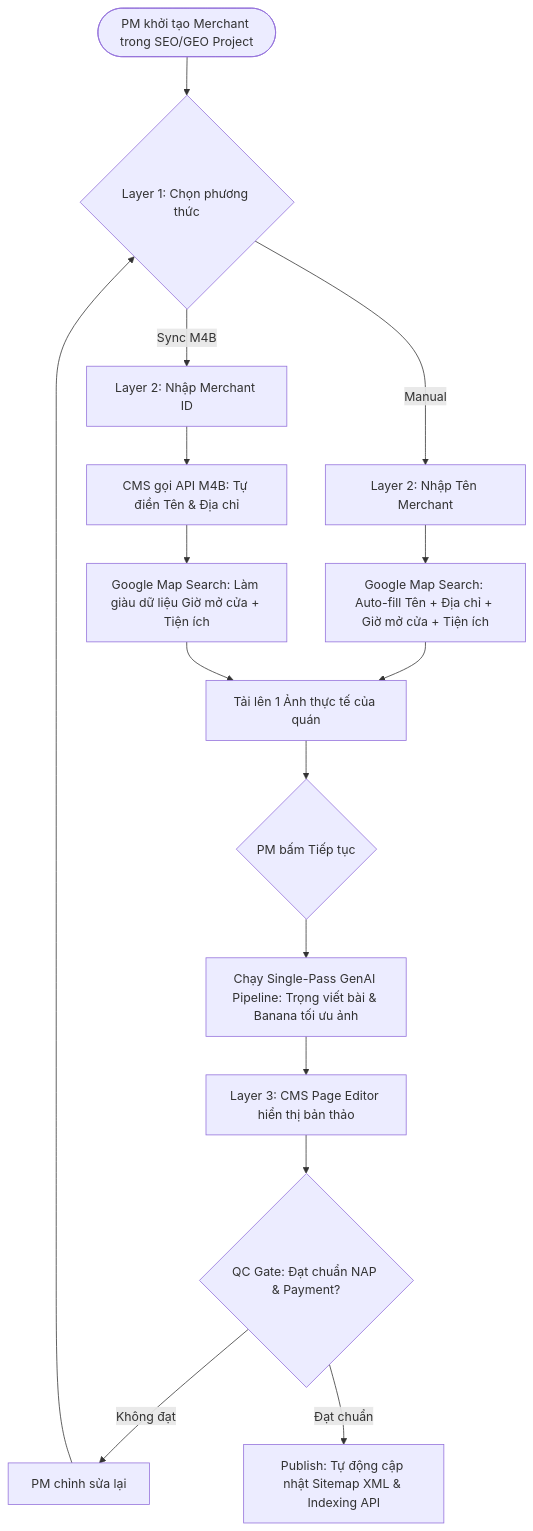
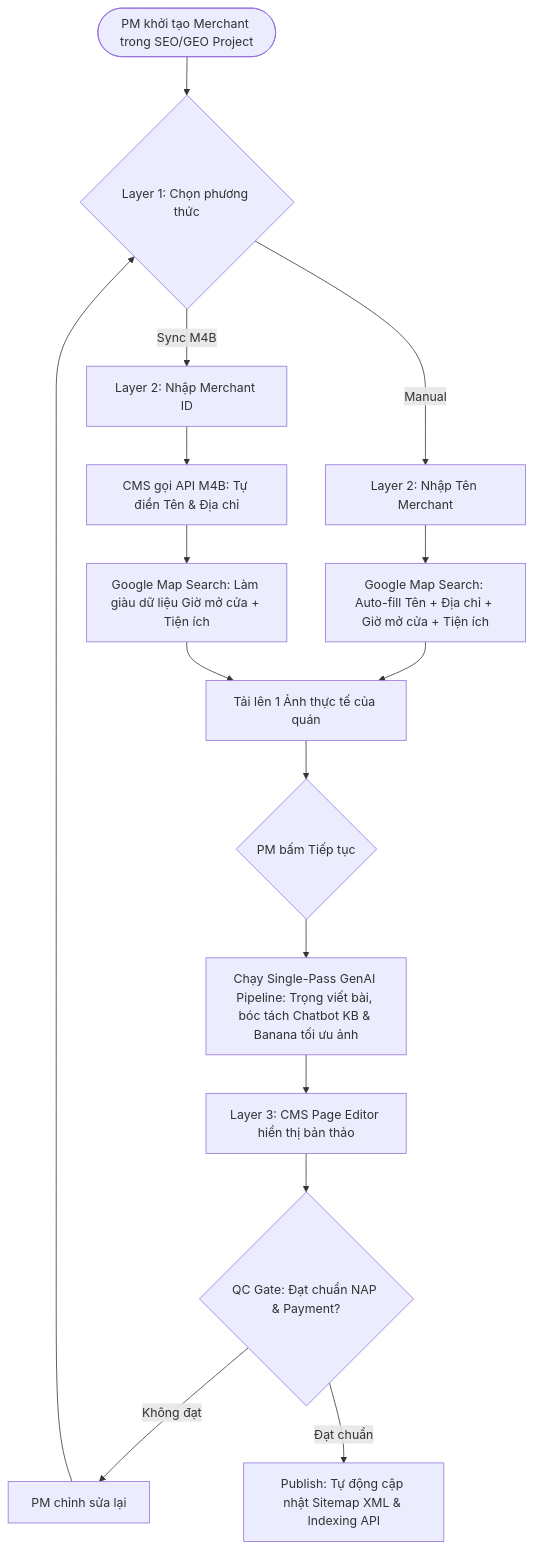
Before and after one commit to vanhien26/hienho-knowledgebase: the second of 3 diagrams in 05_USE_CASE_MOMO/doi-tac-brd.md, drawn with Mermaid. The commit also changed other lines of this file and 24 other files, not shown here.

Commit message:
feat(mospark): integrate localized prompt architecture, create separate RAG KB proposal, and remove metadata IDs

````diff
--- a/05_USE_CASE_MOMO/doi-tac-brd.md
+++ b/05_USE_CASE_MOMO/doi-tac-brd.md
@@ -624,26 +626,26 @@
 ```mermaid
 graph TD
     Start([PM khởi tạo Merchant trong SEO/GEO Project]) --> Method{Layer 1: Chọn phương thức}
     
     Method -->|Manual| Input_Manual[Layer 2: Nhập Tên Merchant]
     Method -->|Sync M4B| Input_M4B[Layer 2: Nhập Merchant ID]
     
     Input_Manual --> Gemini_Map_Manual[Google Map Search: Auto-fill Tên + Địa chỉ + Giờ mở cửa + Tiện ích]
     Input_M4B --> API[CMS gọi API M4B: Tự điền Tên & Địa chỉ]
     
     API --> Gemini_Map_Sync[Google Map Search: Làm giàu dữ liệu Giờ mở cửa + Tiện ích]
     
     Gemini_Map_Manual --> Upload[Tải lên 1 Ảnh thực tế của quán]
     Gemini_Map_Sync --> Upload
     
     Upload --> Submit{PM bấm Tiếp tục}
     
-    Submit --> GenAI[Chạy Single-Pass GenAI Pipeline: Trọng viết bài & Banana tối ưu ảnh]
+    Submit --> GenAI[Chạy Single-Pass GenAI Pipeline: Trọng viết bài, bóc tách Chatbot KB & Banana tối ưu ảnh]
     
     GenAI --> Verify[Layer 3: CMS Page Editor hiển thị bản thảo]
     
     Verify --> QC{QC Gate: Đạt chuẩn NAP & Payment?}
     QC -->|Không đạt| Edit[PM chỉnh sửa lại]
     Edit --> Method
     QC -->|Đạt chuẩn| Live[Publish: Tự động cập nhật Sitemap XML & Indexing API]
 ```
````
